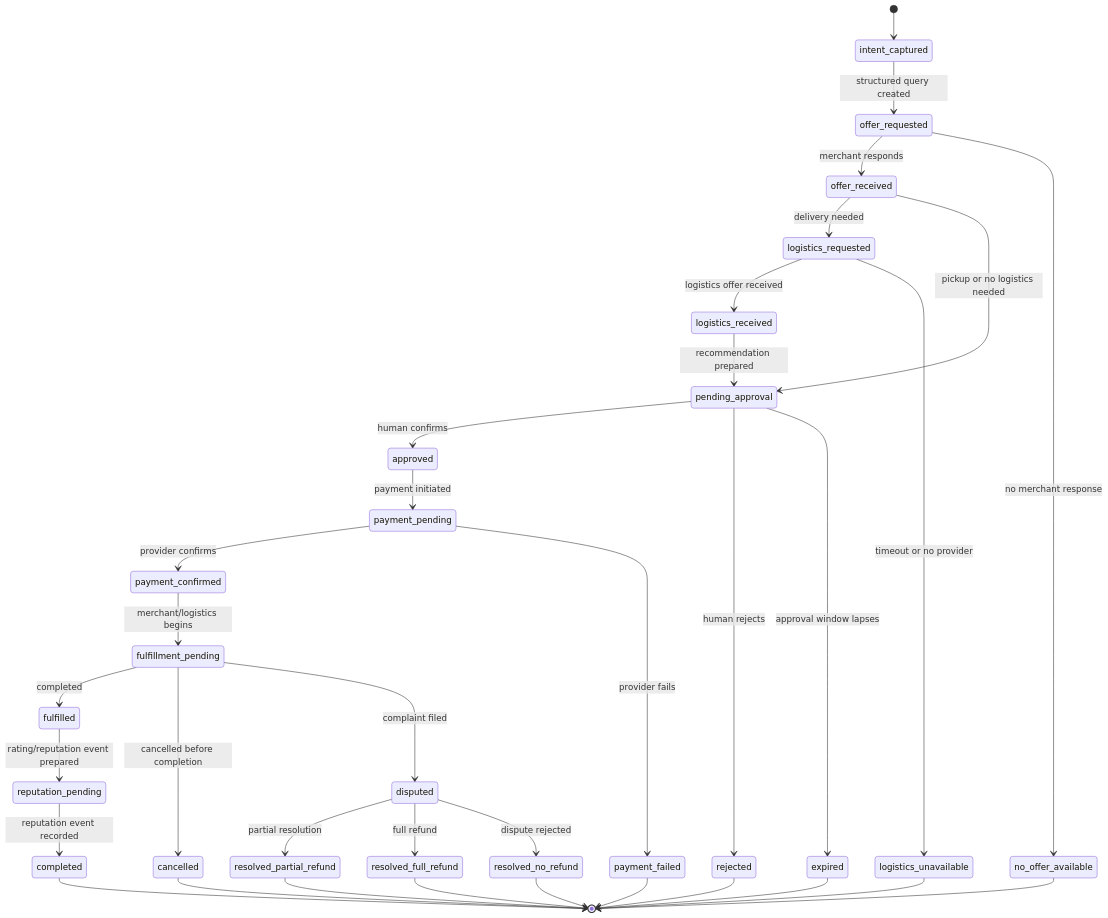
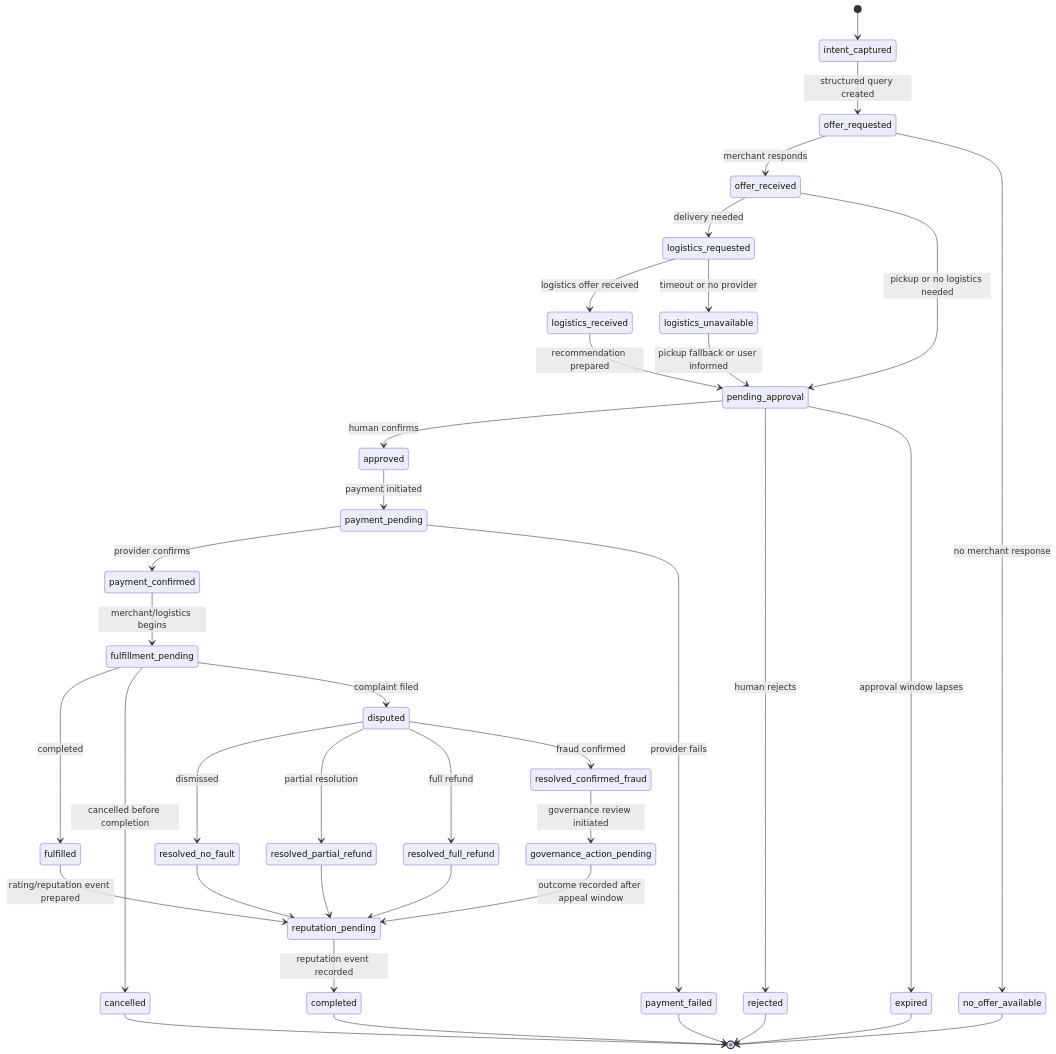
Before and after one commit to shuu-beep/arc-protocol: the first of 2 diagrams in docs/protocol.md, drawn with Mermaid. The commit also changed other lines of this file and 3 other files, not shown here.

Commit message:
docs: add protocol diagrams and align state model

````diff
--- a/docs/protocol.md
+++ b/docs/protocol.md
@@ -39,37 +39,40 @@
 ```mermaid
 stateDiagram-v2
     [*] --> intent_captured
     intent_captured --> offer_requested: structured query created
     offer_requested --> offer_received: merchant responds
     offer_requested --> no_offer_available: no merchant response
     offer_received --> logistics_requested: delivery needed
     offer_received --> pending_approval: pickup or no logistics needed
     logistics_requested --> logistics_received: logistics offer received
     logistics_requested --> logistics_unavailable: timeout or no provider
+    logistics_unavailable --> pending_approval: pickup fallback or user informed
     logistics_received --> pending_approval: recommendation prepared
     pending_approval --> approved: human confirms
     pending_approval --> rejected: human rejects
     pending_approval --> expired: approval window lapses
     approved --> payment_pending: payment initiated
     payment_pending --> payment_confirmed: provider confirms
     payment_pending --> payment_failed: provider fails
     payment_confirmed --> fulfillment_pending: merchant/logistics begins
     fulfillment_pending --> fulfilled: completed
     fulfillment_pending --> cancelled: cancelled before completion
     fulfillment_pending --> disputed: complaint filed
     fulfilled --> reputation_pending: rating/reputation event prepared
     reputation_pending --> completed: reputation event recorded
+    disputed --> resolved_no_fault: dismissed
     disputed --> resolved_partial_refund: partial resolution
     disputed --> resolved_full_refund: full refund
-    disputed --> resolved_no_refund: dispute rejected
+    disputed --> resolved_confirmed_fraud: fraud confirmed
+    resolved_no_fault --> reputation_pending
+    resolved_partial_refund --> reputation_pending
+    resolved_full_refund --> reputation_pending
+    resolved_confirmed_fraud --> governance_action_pending: governance review initiated
+    governance_action_pending --> reputation_pending: outcome recorded after appeal window
     completed --> [*]
     rejected --> [*]
     expired --> [*]
     no_offer_available --> [*]
-    logistics_unavailable --> [*]
     payment_failed --> [*]
     cancelled --> [*]
-    resolved_partial_refund --> [*]
-    resolved_full_refund --> [*]
-    resolved_no_refund --> [*]
 ```
````
